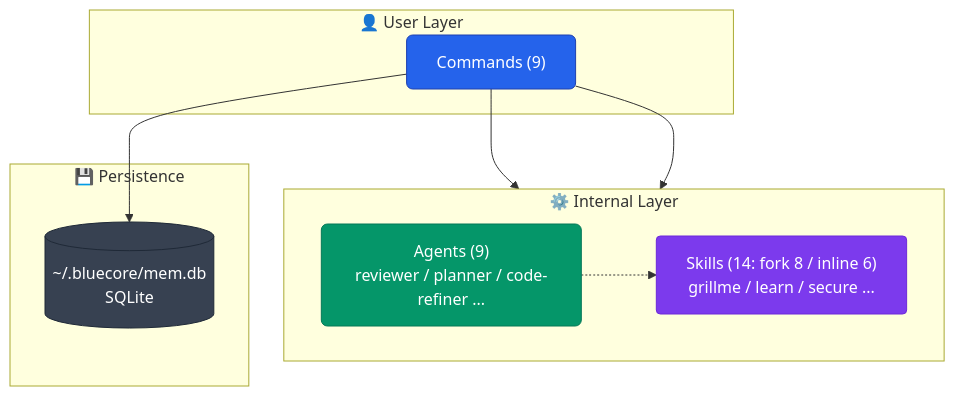
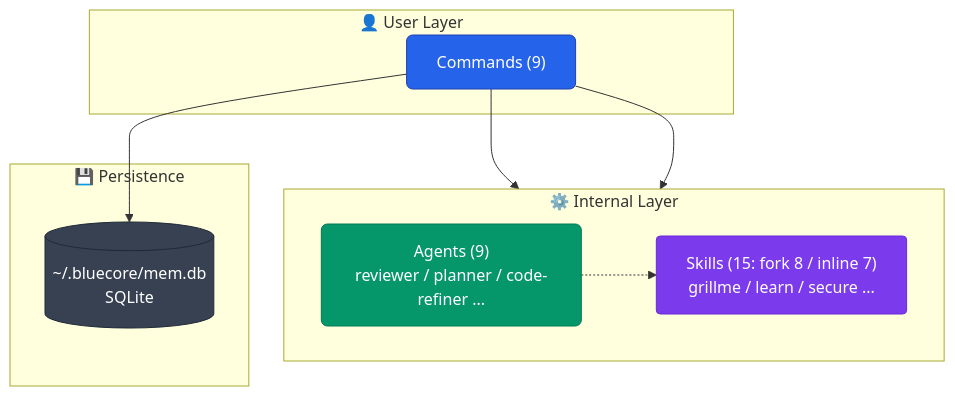
One commit to aokumablue/claq changed diagram 12 of 12 in README.md. Above: the diagram before and after it, drawn with Mermaid. The commit also changed 7 other files, not shown here.

````diff
--- a/README.md
+++ b/README.md
@@ -520,26 +520,26 @@
 ```mermaid
 flowchart TB
   classDef cmd    fill:#2563eb,stroke:#1e40af,color:#fff,rx:6
   classDef agent  fill:#059669,stroke:#047857,color:#fff,rx:6
   classDef skill  fill:#7c3aed,stroke:#6d28d9,color:#fff,rx:4
   classDef store  fill:#374151,stroke:#1f2937,color:#fff,rx:4
 
   subgraph user["👤 User Layer"]
     CMD["Commands (9)"]:::cmd
   end
 
   subgraph internal["⚙️ Internal Layer"]
     direction LR
     AGT["Agents (9)<br/>reviewer / planner / code-refiner ..."]:::agent
-    SKL["Skills (14: fork 8 / inline 6)<br/>grillme / learn / secure ..."]:::skill
+    SKL["Skills (15: fork 8 / inline 7)<br/>grillme / learn / secure ..."]:::skill
   end
 
   subgraph persistence["💾 Persistence"]
     DB[("~/.bluecore/mem.db<br/>SQLite")]:::store
   end
 
   CMD --> AGT
   CMD --> SKL
   AGT -.-> SKL
   CMD --> DB
 ```
````
